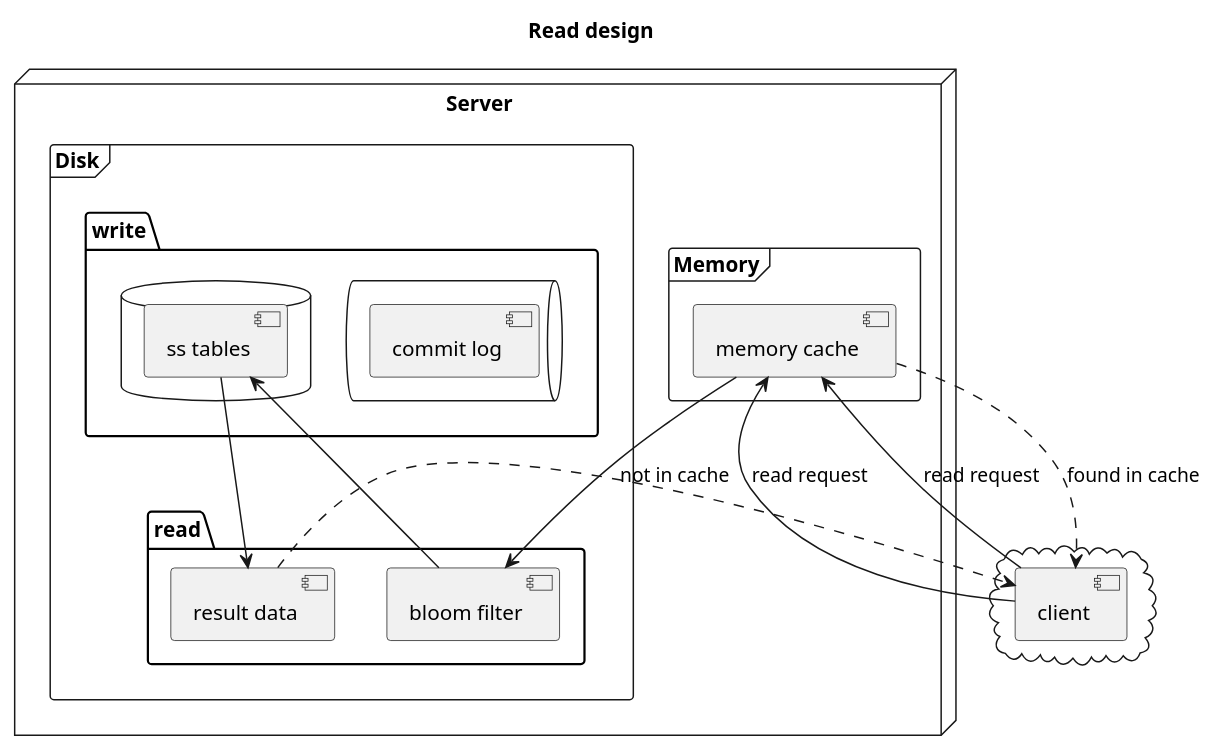
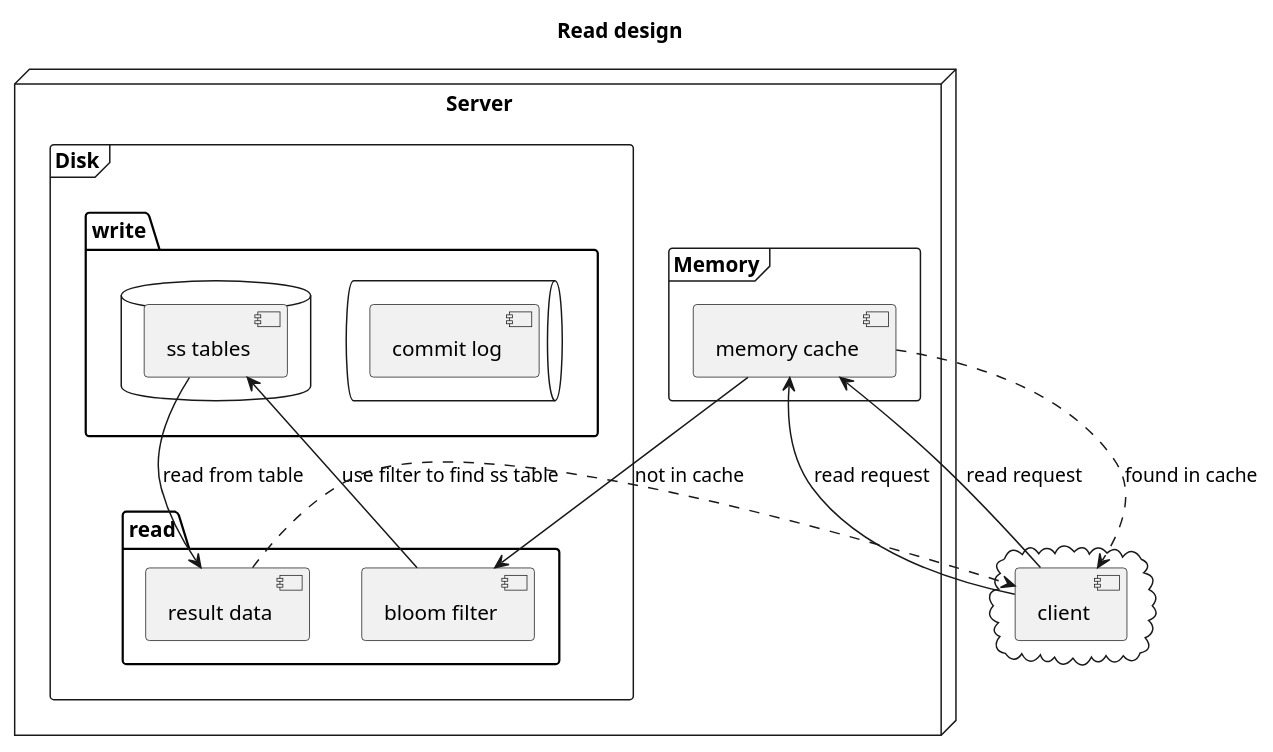
One commit to AndreiYu/systems_design changed the diagram in key_value_store/read.puml. Above: the diagram before and after it, drawn with PlantUML. The commit also changed 2 other files, not shown here.

```diff
--- a/key_value_store/read.puml
+++ b/key_value_store/read.puml
@@ -1,38 +1,38 @@
 @startuml
 'https://plantuml.com/component-diagram
 
 title Read design
 
 cloud {
     [client]
 }
 
 node "Server" {
     frame "Memory" {
         [memory cache]
     }
     frame "Disk" {
         folder "write" {
             queue {
              [commit log]
             }
             database {
              [ss tables]
             }
         }
         folder "read" {
             [result data]
             [bloom filter]
         }
     }
 }
 
 [client] --> [memory cache]: read request
 [memory cache] ..> [client]: found in cache
 [client] --> [memory cache]: read request
 [memory cache] --> [bloom filter]: not in cache
-[bloom filter] --> [ss tables]
-[ss tables] --> [result data]
+[bloom filter] --> [ss tables]: use filter to find ss table
+[ss tables] --> [result data]: read from table
 [result data] ..> [client]
 
 @enduml
```
